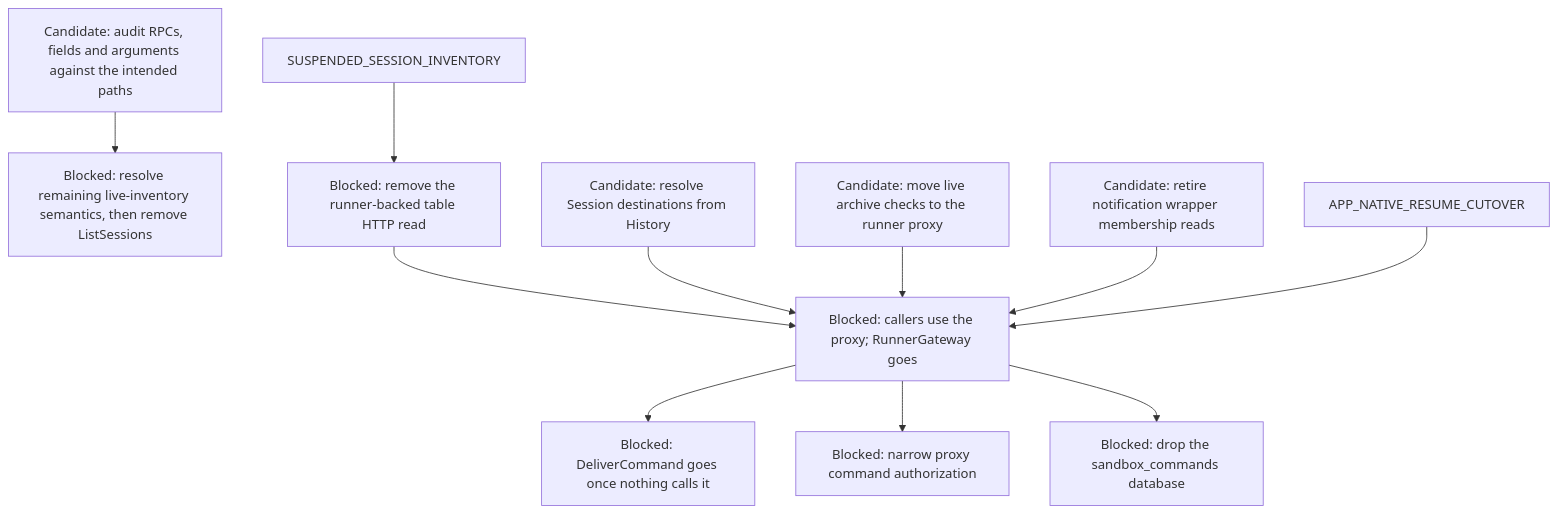
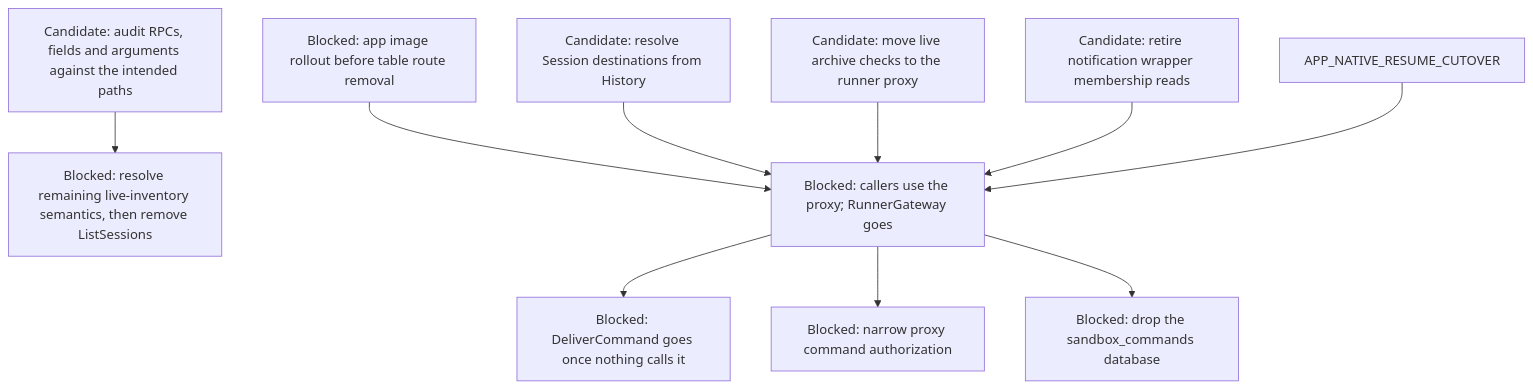
Before and after one commit to agentydragon/ducktape: diagram 15 of 15 in agentplane/plans/task_dag.md, drawn with Mermaid. The commit also changed other lines of this file, not shown here.

Commit message:
Remove completed VM and Session inventory work from the task DAG

````diff
--- a/agentplane/plans/task_dag.md
+++ b/agentplane/plans/task_dag.md
@@ -1104,18 +1044,17 @@
 ```mermaid
 flowchart TD
     RUNNER_COMMAND_RPCS[Blocked: DeliverCommand goes once nothing calls it]
     CONTROL_SURFACE_RETIREMENT_AUDIT[Candidate: audit RPCs, fields and arguments against the intended paths]
     CONTROL_SURFACE_RETIREMENT_AUDIT --> RUNNER_LIST_SESSIONS_RETIRE[Blocked: resolve remaining live-inventory semantics, then remove ListSessions]
     GATEWAY_WRAPPER_RETIRE --> RUNNER_COMMAND_RPCS
     GATEWAY_WRAPPER_RETIRE[Blocked: callers use the proxy; RunnerGateway goes]
-    SUSPENDED_SESSION_INVENTORY --> APP_SESSION_LIST_ROUTE_RETIRE[Blocked: remove the runner-backed table HTTP read]
-    APP_SESSION_LIST_ROUTE_RETIRE --> GATEWAY_WRAPPER_RETIRE
+    APP_SESSION_LIST_ROUTE_RETIRE[Blocked: app image rollout before table route removal] --> GATEWAY_WRAPPER_RETIRE
     APP_SESSION_DESTINATION_HISTORY[Candidate: resolve Session destinations from History] --> GATEWAY_WRAPPER_RETIRE
     APP_ARCHIVE_RUNNER_READ_MIGRATION[Candidate: move live archive checks to the runner proxy] --> GATEWAY_WRAPPER_RETIRE
     NOTIFICATION_SESSION_MEMBERSHIP_MIGRATION[Candidate: retire notification wrapper membership reads] --> GATEWAY_WRAPPER_RETIRE
     APP_NATIVE_RESUME_CUTOVER --> GATEWAY_WRAPPER_RETIRE
     GATEWAY_DATABASE_DROP[Blocked: drop the sandbox_commands database]
     PROXY_START_METHODS_DISPATCHER_ONLY[Blocked: narrow proxy command authorization]
     GATEWAY_WRAPPER_RETIRE --> PROXY_START_METHODS_DISPATCHER_ONLY
     GATEWAY_WRAPPER_RETIRE --> GATEWAY_DATABASE_DROP
 ```
````
